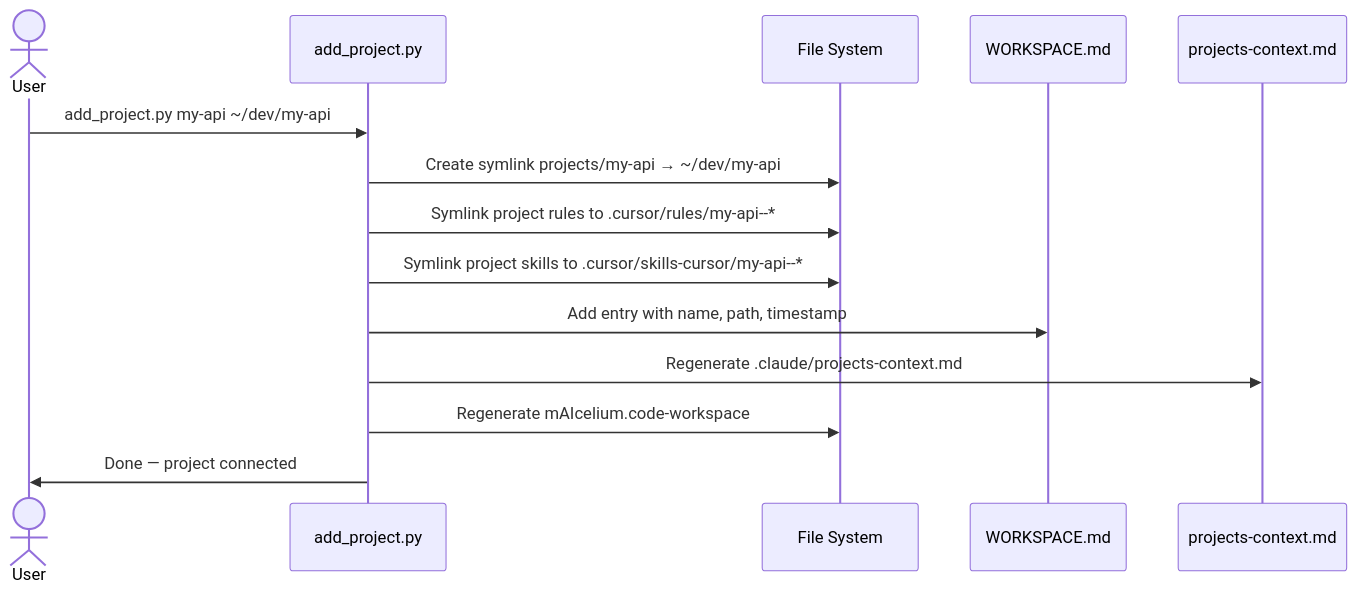
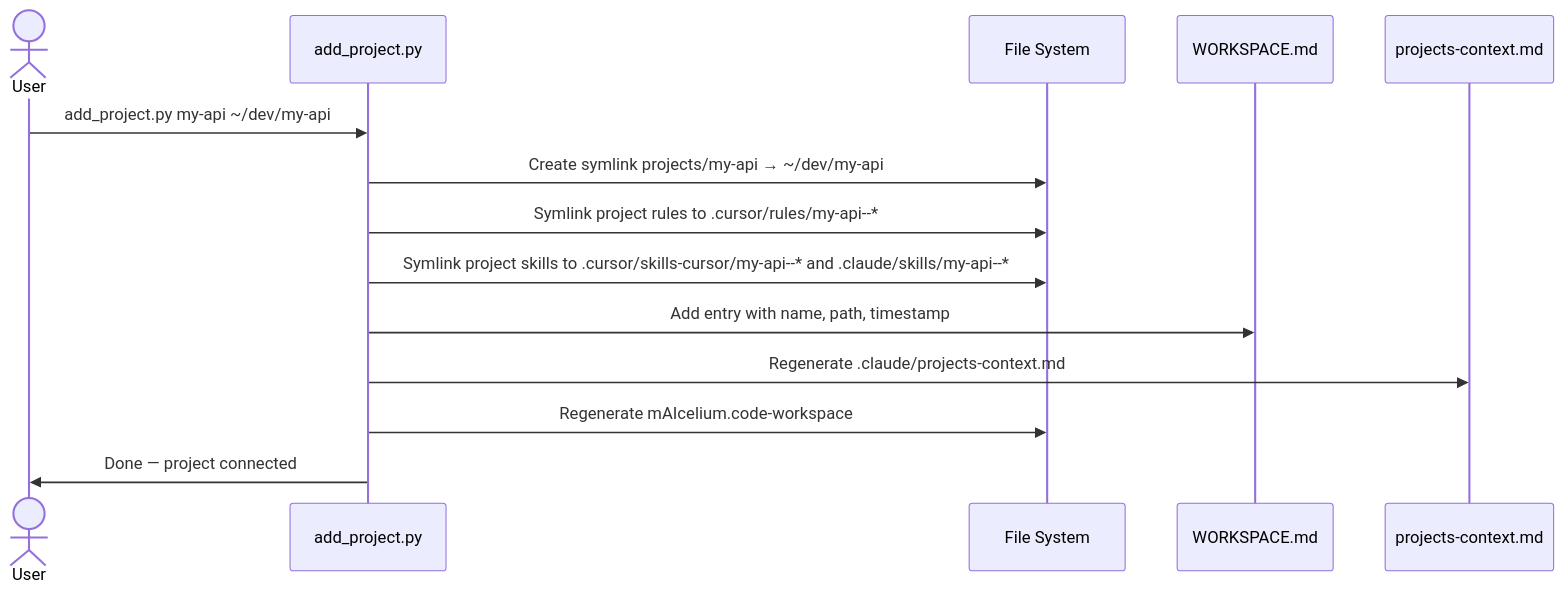
The second of 4 diagrams in docs/architecture.md (samartined/mAIcelium), drawn with Mermaid before and after one commit. The commit also changed other lines of this file and 5 other files, not shown here.

First line of the commit message:
docs(claude-skills): document the three-way skill reflection

````diff
--- a/docs/architecture.md
+++ b/docs/architecture.md
@@ -131,17 +144,17 @@
 ```mermaid
 sequenceDiagram
     actor User
     participant Script as add_project.py
     participant FS as File System
     participant WS as WORKSPACE.md
     participant Claude as projects-context.md
 
     User->>Script: add_project.py my-api ~/dev/my-api
     Script->>FS: Create symlink projects/my-api → ~/dev/my-api
     Script->>FS: Symlink project rules to .cursor/rules/my-api--*
-    Script->>FS: Symlink project skills to .cursor/skills-cursor/my-api--*
+    Script->>FS: Symlink project skills to .cursor/skills-cursor/my-api--* and .claude/skills/my-api--*
     Script->>WS: Add entry with name, path, timestamp
     Script->>Claude: Regenerate .claude/projects-context.md
     Script->>FS: Regenerate mAIcelium.code-workspace
     Script->>User: Done — project connected
 ```
````
